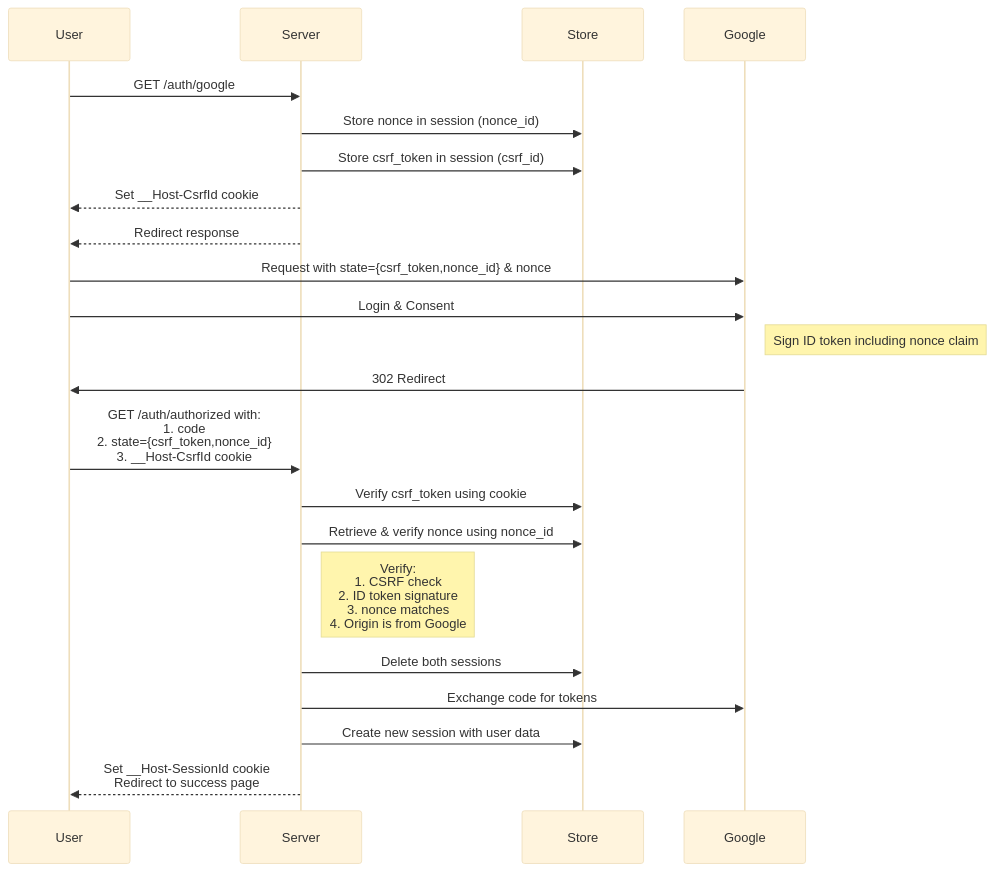
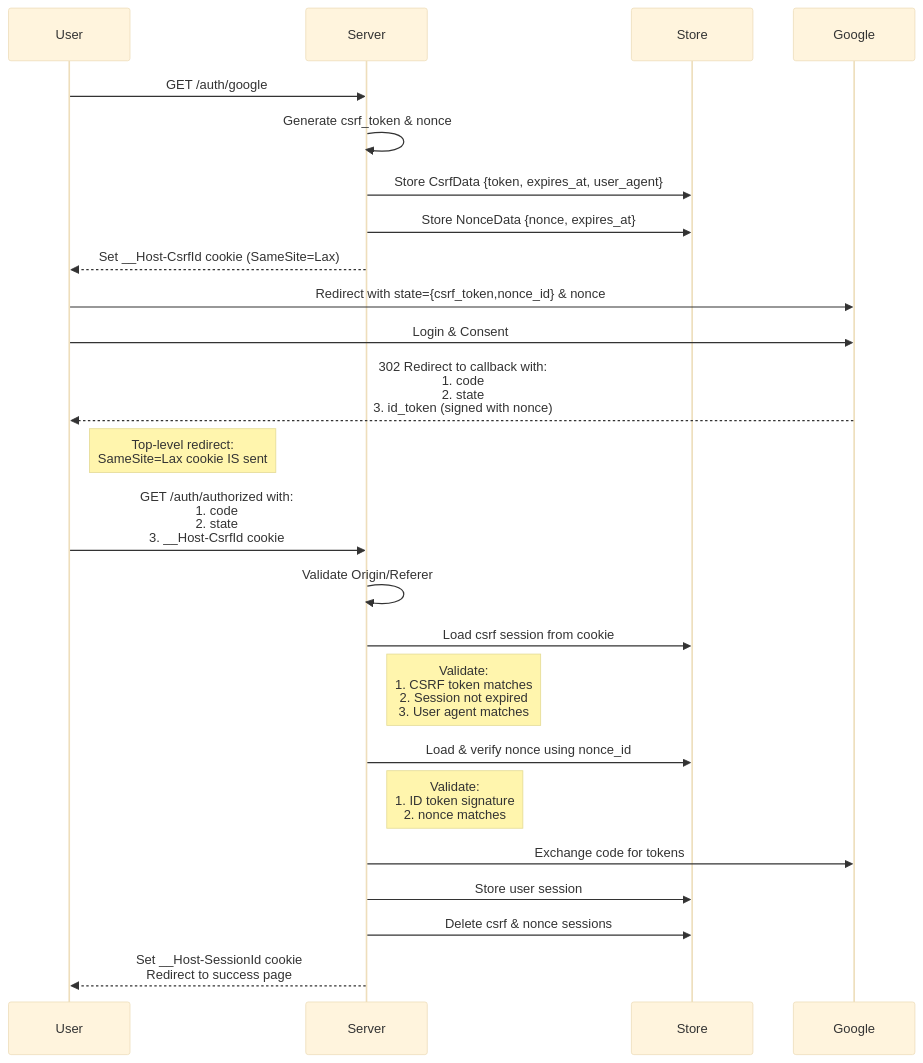
One commit to ktaka-ccmp/axum-google-oauth2 changed the second of 5 diagrams in Readme.md. Above: the diagram before and after it, drawn with Mermaid (base theme). The commit also changed other lines of this file, not shown here.

````diff
--- a/Readme.md
+++ b/Readme.md
@@ -105,26 +148,30 @@
 ```mermaid
 sequenceDiagram
     participant User
     participant Server
     participant Store
     participant Google
 
     User->>Server: GET /auth/google
-    Server->>Store: Store nonce in session (nonce_id)
-    Server->>Store: Store csrf_token in session (csrf_id)
-    Server-->>User: Set __Host-CsrfId cookie
-    Server-->>User: Redirect response
-    User->>Google: Request with state={csrf_token,nonce_id} & nonce
+    Server->>Server: Generate csrf_token & nonce
+    Server->>Store: Store CsrfData {token, expires_at, user_agent}
+    Server->>Store: Store NonceData {nonce, expires_at}
+    Server-->>User: Set __Host-CsrfId cookie (SameSite=Lax)
+    User->>Google: Redirect with state={csrf_token,nonce_id} & nonce
+    
     User->>Google: Login & Consent
-    Note right of Google: Sign ID token including nonce claim
-    Google->>User: 302 Redirect
-    User->>Server: GET /auth/authorized with:<br/>1. code<br/>2. state={csrf_token,nonce_id}<br/>3. __Host-CsrfId cookie
-    Server->>Store: Verify csrf_token using cookie
-    Server->>Store: Retrieve & verify nonce using nonce_id
-    Note right of Server: Verify:<br/>1. CSRF check<br/>2. ID token signature<br/>3. nonce matches<br/>4. Origin is from Google
-    Server->>Store: Delete both sessions
+    Google-->>User: 302 Redirect to callback with:<br/>1. code<br/>2. state<br/>3. id_token (signed with nonce)
+    Note right of User: Top-level redirect:<br/>SameSite=Lax cookie IS sent
+    
+    User->>Server: GET /auth/authorized with:<br/>1. code<br/>2. state<br/>3. __Host-CsrfId cookie
+    Server->>Server: Validate Origin/Referer
+    Server->>Store: Load csrf session from cookie
+    Note right of Server: Validate:<br/>1. CSRF token matches<br/>2. Session not expired<br/>3. User agent matches
+    Server->>Store: Load & verify nonce using nonce_id
+    Note right of Server: Validate:<br/>1. ID token signature<br/>2. nonce matches
     Server->>Google: Exchange code for tokens
-    Server->>Store: Create new session with user data
+    Server->>Store: Store user session
+    Server->>Store: Delete csrf & nonce sessions
     Server-->>User: Set __Host-SessionId cookie<br/>Redirect to success page
 
 ```
````
